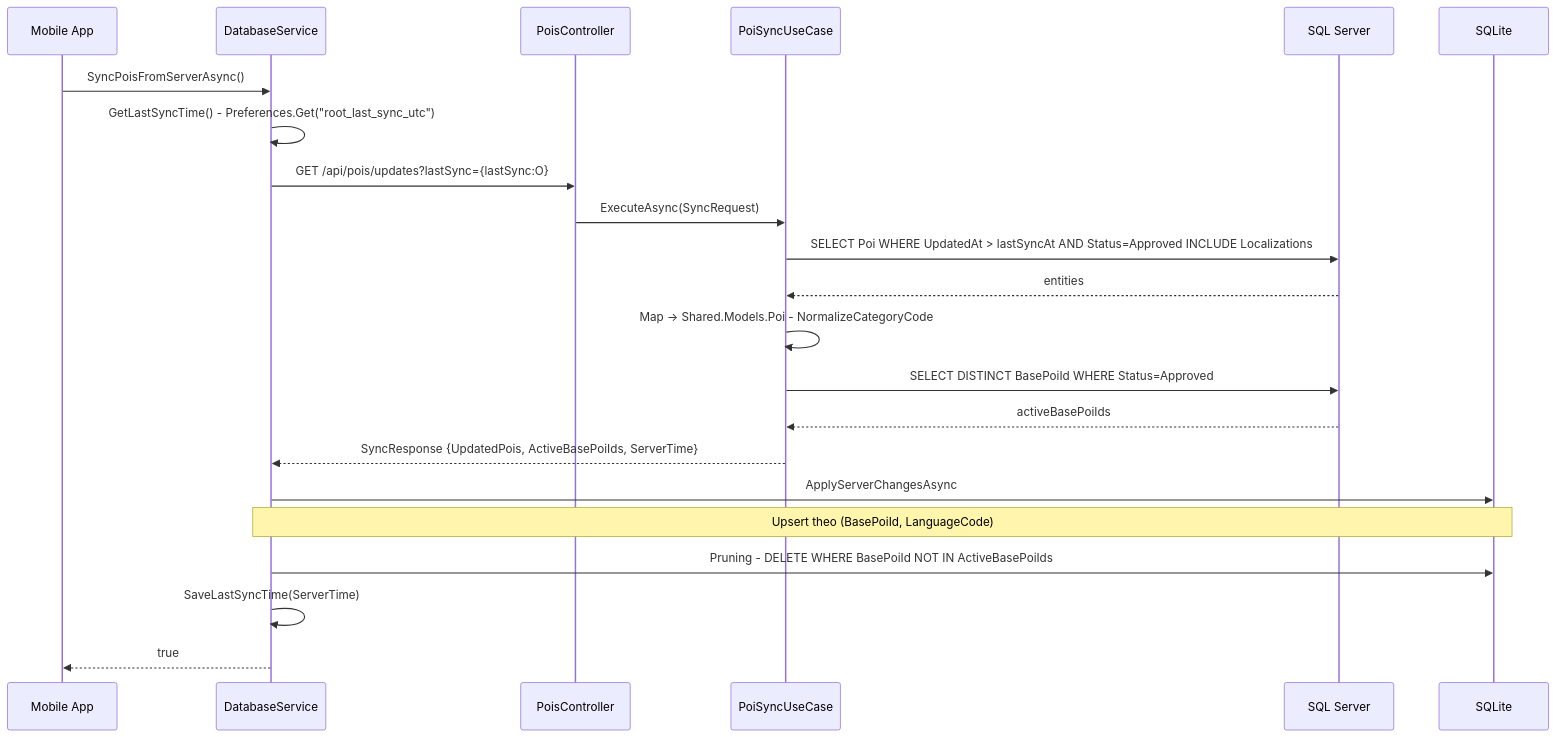
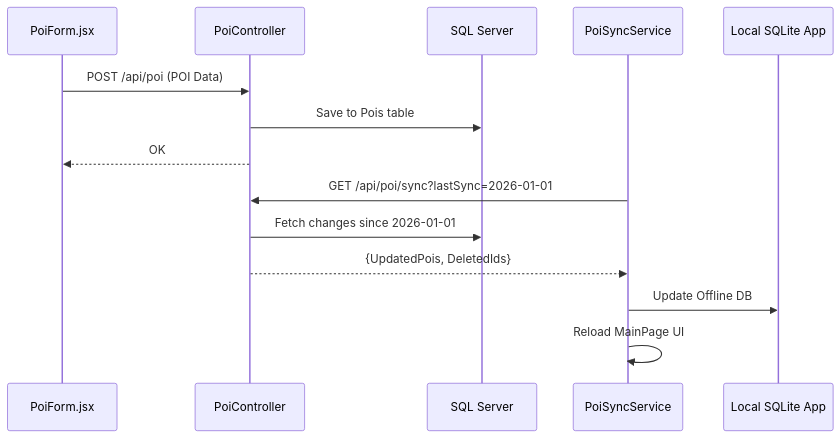
Diagram 17 of 23 in README.md (phamquyet47204/C-Sharp), drawn with Mermaid before and after one commit. The commit also changed other lines of this file and 32 other files, not shown here.

````diff
--- a/README.md
+++ b/README.md
@@ -576,26 +627,18 @@
 ```mermaid
 sequenceDiagram
-  participant Mobile as Mobile App
-  participant DatabaseService
-  participant PoisController
-  participant PoiSyncUseCase
-  participant DB as SQL Server
-  participant SQLite
+    participant Web as PoiForm.jsx
+    participant API as PoiController
+    participant DB as SQL Server
+    participant Mobile as PoiSyncService
+    participant SQLite as Local SQLite App
 
-  Mobile->>DatabaseService: SyncPoisFromServerAsync()
-  DatabaseService->>DatabaseService: GetLastSyncTime() - Preferences.Get("root_last_sync_utc")
-  DatabaseService->>PoisController: GET /api/pois/updates?lastSync={lastSync:O}
-  PoisController->>PoiSyncUseCase: ExecuteAsync(SyncRequest)
-  PoiSyncUseCase->>DB: SELECT Poi WHERE UpdatedAt > lastSyncAt AND Status=Approved INCLUDE Localizations
-  DB-->>PoiSyncUseCase: entities
-  PoiSyncUseCase->>PoiSyncUseCase: Map → Shared.Models.Poi - NormalizeCategoryCode
-  PoiSyncUseCase->>DB: SELECT DISTINCT BasePoiId WHERE Status=Approved
-  DB-->>PoiSyncUseCase: activeBasePoiIds
-  PoiSyncUseCase-->>DatabaseService: SyncResponse {UpdatedPois, ActiveBasePoiIds, ServerTime}
-
-  DatabaseService->>SQLite: ApplyServerChangesAsync
-  Note over DatabaseService,SQLite: Upsert theo (BasePoiId, LanguageCode)
-  DatabaseService->>SQLite: Pruning - DELETE WHERE BasePoiId NOT IN ActiveBasePoiIds
-  DatabaseService->>DatabaseService: SaveLastSyncTime(ServerTime)
-  DatabaseService-->>Mobile: true
+    Web->>API: POST /api/poi (POI Data)
+    API->>DB: Save to Pois table
+    API-->>Web: OK
+    
+    Mobile->>API: GET /api/poi/sync?lastSync=2026-01-01
+    API->>DB: Fetch changes since 2026-01-01
+    API-->>Mobile: {UpdatedPois, DeletedIds}
+    Mobile->>SQLite: Update Offline DB
+    Mobile->>Mobile: Reload MainPage UI
 ```
````
